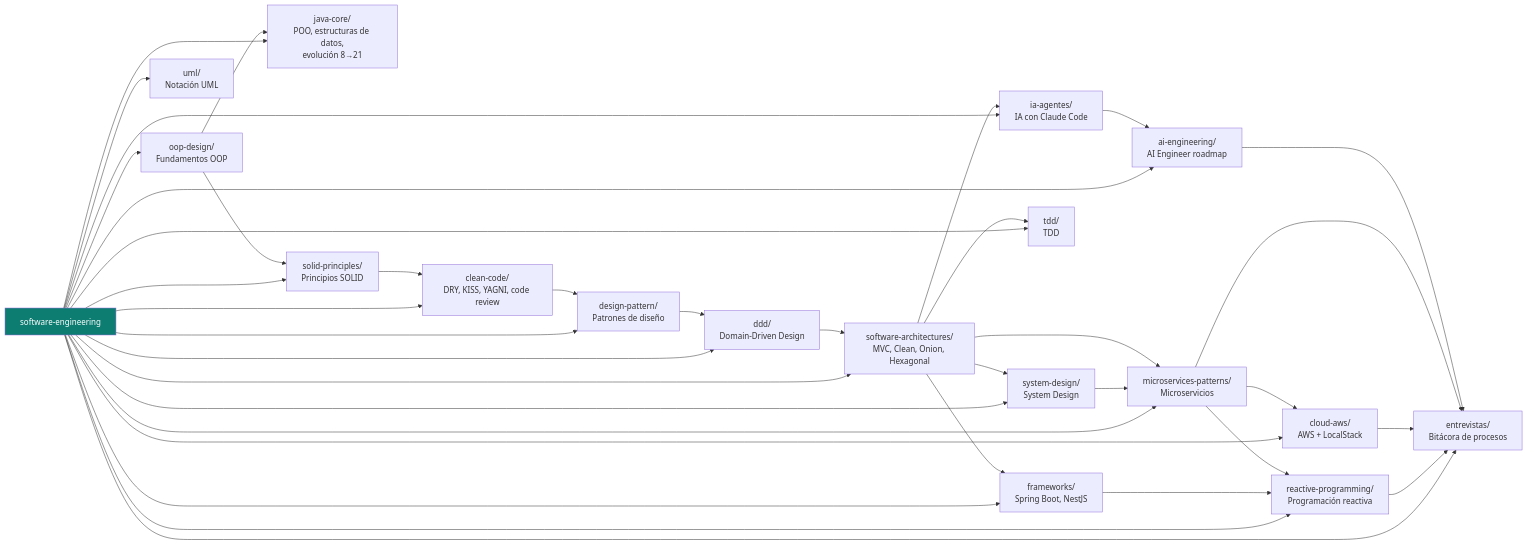
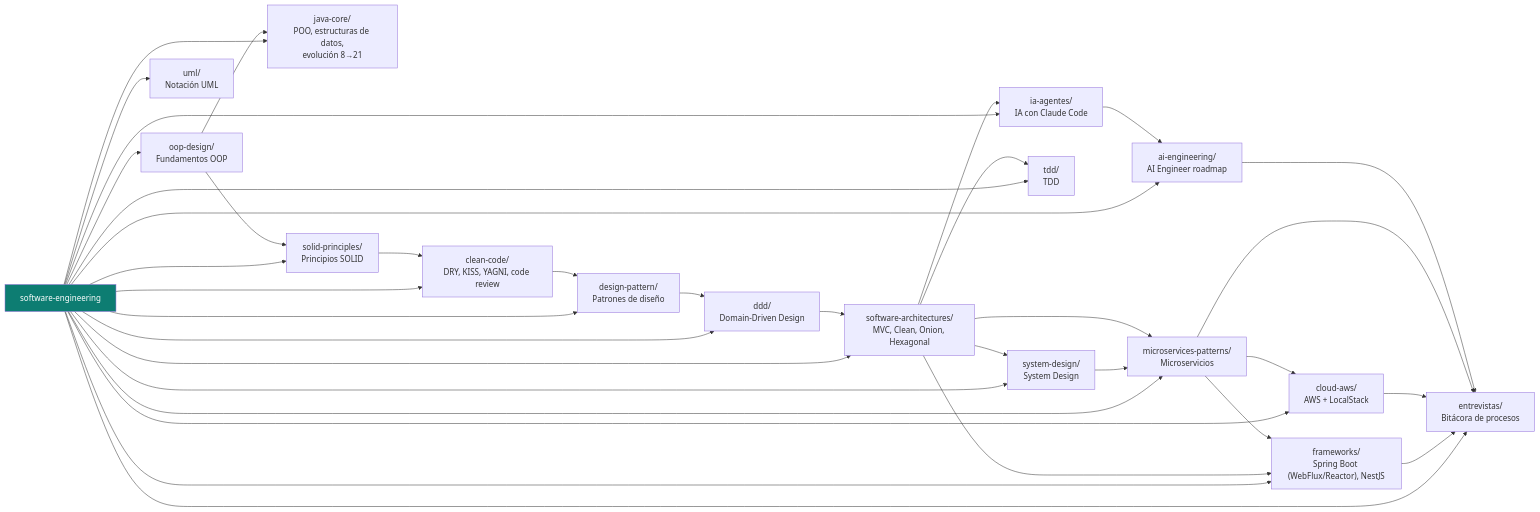
Before and after one commit to edzamo/software-engineering: the diagram in README.md, drawn with Mermaid. The commit also changed other lines of this file and 16 other files, not shown here.

First line of the commit message:
Refactor documentation links and enhance WebFlux guides

````diff
--- a/README.md
+++ b/README.md
@@ -9,45 +9,43 @@
 ```mermaid
 graph LR
     root["software-engineering"]
 
     root --> oop["oop-design/<br/>Fundamentos OOP"]
     root --> javacore["java-core/<br/>POO, estructuras de datos,<br/>evolución 8→21"]
     root --> solid["solid-principles/<br/>Principios SOLID"]
     root --> cc["clean-code/<br/>DRY, KISS, YAGNI, code review"]
     root --> dp["design-pattern/<br/>Patrones de diseño"]
     root --> ddd["ddd/<br/>Domain-Driven Design"]
     root --> uml["uml/<br/>Notación UML"]
     root --> arch["software-architectures/<br/>MVC, Clean, Onion, Hexagonal"]
     root --> sysdes["system-design/<br/>System Design"]
     root --> micro["microservices-patterns/<br/>Microservicios"]
-    root --> frameworks["frameworks/<br/>Spring Boot, NestJS"]
-    root --> reactive["reactive-programming/<br/>Programación reactiva"]
+    root --> frameworks["frameworks/<br/>Spring Boot (WebFlux/Reactor), NestJS"]
     root --> aws["cloud-aws/<br/>AWS + LocalStack"]
     root --> tdd["tdd/<br/>TDD"]
     root --> ia["ia-agentes/<br/>IA con Claude Code"]
     root --> aieng["ai-engineering/<br/>AI Engineer roadmap"]
     root --> entrevistas["entrevistas/<br/>Bitácora de procesos"]
 
     oop --> javacore
     oop --> solid
     solid --> cc
     cc --> dp
     dp --> ddd
     ddd --> arch
     arch --> sysdes
     sysdes --> micro
     arch --> micro
     arch --> frameworks
-    frameworks --> reactive
-    micro --> reactive
+    micro --> frameworks
     micro --> aws
     arch --> tdd
     arch --> ia
     ia --> aieng
-    reactive --> entrevistas
+    frameworks --> entrevistas
     aws --> entrevistas
     micro --> entrevistas
     aieng --> entrevistas
 
     style root fill:#0d7d72,color:#fff
 ```
````
